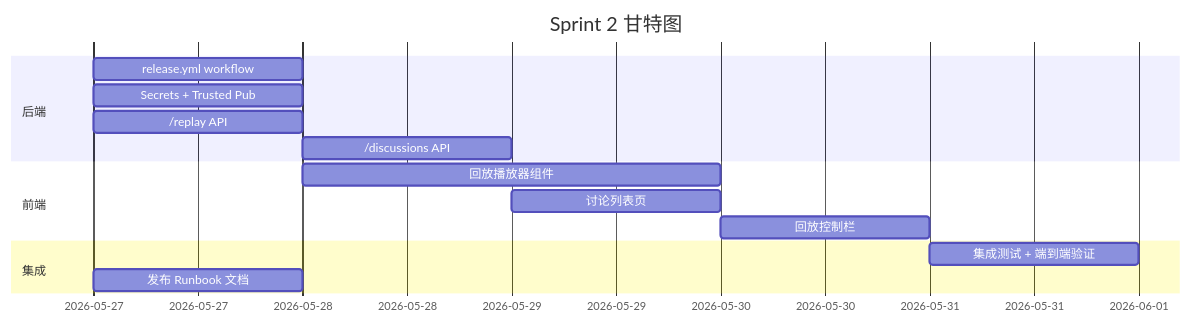
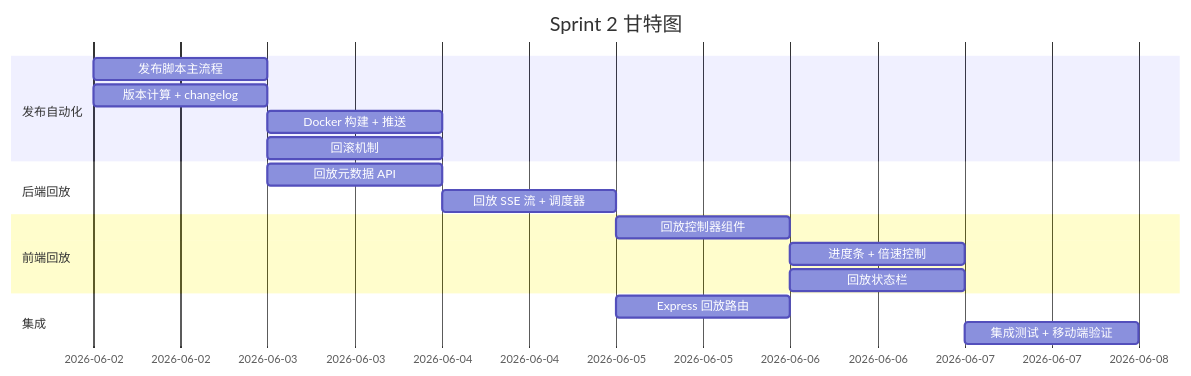
One commit to MoyuFamily/agent-roundtable changed the third of 3 diagrams in docs/product/PRD-sprint2.md. Above: the diagram before and after it, drawn with Mermaid. The commit also changed other lines of this file, not shown here.

Commit message:
docs: Sprint 2 PRD — 发布自动化 + 讨论回放

````diff
--- a/docs/product/PRD-sprint2.md
+++ b/docs/product/PRD-sprint2.md
@@ -757,17 +670,20 @@
 ```mermaid
 gantt
     title Sprint 2 甘特图
     dateFormat  YYYY-MM-DD
-    section 后端
-    release.yml workflow        :a1, 2026-05-27, 0.5d
-    Secrets + Trusted Pub       :a2, 2026-05-27, 0.5d
-    /replay API                 :a3, 2026-05-27, 0.5d
-    /discussions API            :a4, after a3, 0.5d
-    section 前端
-    回放播放器组件              :b1, after a3, 1.5d
-    讨论列表页                  :b2, after a4, 0.5d
-    回放控制栏                  :b3, after b1, 0.5d
+    section 发布自动化
+    发布脚本主流程          :a1, 2026-06-02, 1d
+    版本计算 + changelog    :a2, 2026-06-02, 0.5d
+    Docker 构建 + 推送      :a3, after a1, 0.5d
+    回滚机制               :a4, after a1, 0.5d
+    section 后端回放
+    回放元数据 API          :b1, 2026-06-03, 0.5d
+    回放 SSE 流 + 调度器    :b2, after b1, 1d
+    section 前端回放
+    回放控制器组件          :c1, after b2, 1d
+    进度条 + 倍速控制       :c2, after c1, 0.5d
+    回放状态栏              :c3, after c1, 0.5d
     section 集成
-    集成测试 + 端到端验证       :c1, after b3, 1d
-    发布 Runbook 文档           :d1, 2026-05-27, 0.5d
+    Express 回放路由        :d1, after b2, 0.5d
+    集成测试 + 移动端验证   :d2, after c2, 1d
 ```
````
